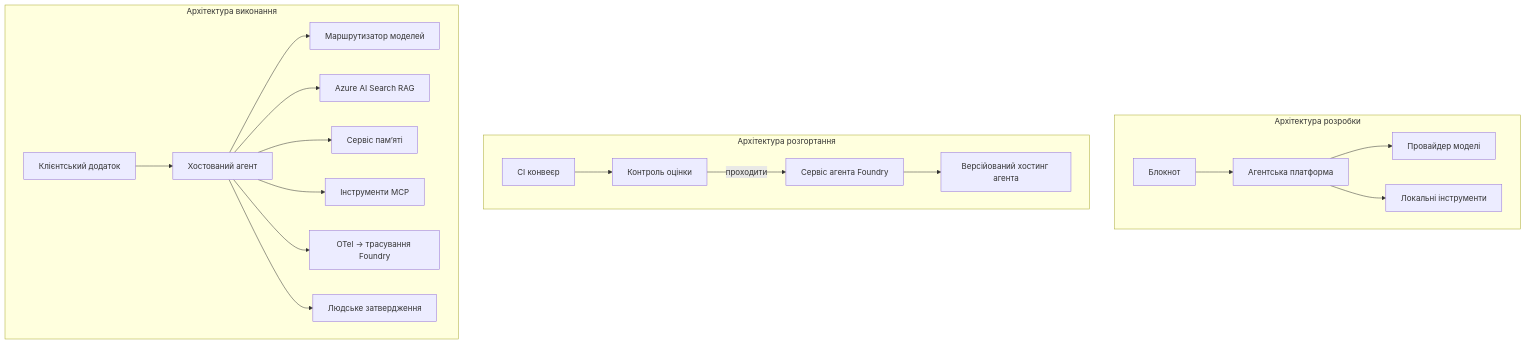
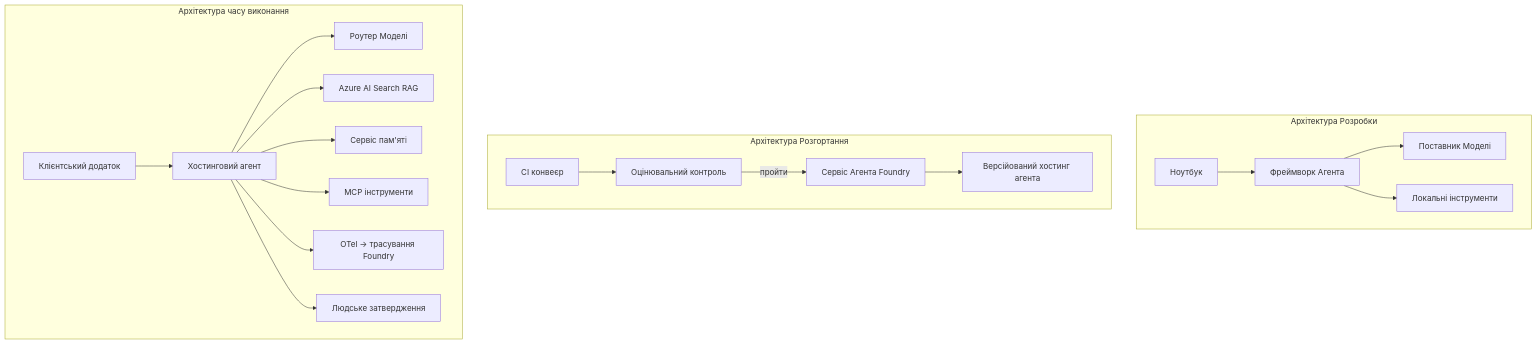
Before and after one commit to gabrielmoreira/agent-skills-mirror: the fourth of 4 diagrams in mirrors/repos/microsoft@ai-agents-for-beginners/translations/uk/16-deploying-scalable-agents/README.md, drawn with Mermaid. The commit also changed other lines of this file and 4262 other files, not shown here.

````diff
--- a/mirrors/repos/microsoft@ai-agents-for-beginners/translations/uk/16-deploying-scalable-agents/README.md
+++ b/mirrors/repos/microsoft@ai-agents-for-beginners/translations/uk/16-deploying-scalable-agents/README.md
@@ -185,22 +185,22 @@
 ```mermaid
 flowchart TB
-    subgraph Dev[Архітектура розробки]
-        D1[Блокнот] --> D2[Агентська платформа]
-        D2 --> D3[Провайдер моделі]
+    subgraph Dev[Архітектура Розробки]
+        D1[Ноутбук] --> D2[Фреймворк Агента]
+        D2 --> D3[Поставник Моделі]
         D2 --> D4[Локальні інструменти]
     end
-    subgraph Deploy[Архітектура розгортання]
-        E1[CI конвеєр] --> E2[Контроль оцінки]
-        E2 -->|проходити| E3[Сервіс агента Foundry]
+    subgraph Deploy[Архітектура Розгортання]
+        E1[CI конвеєр] --> E2[Оцінювальний контроль]
+        E2 -->|пройти| E3[Сервіс Агента Foundry]
         E3 --> E4[Версійований хостинг агента]
     end
-    subgraph Run[Архітектура виконання]
-        F1[Клієнтський додаток] --> F2[Хостований агент]
-        F2 --> F3[Маршрутизатор моделей]
+    subgraph Run[Архітектура часу виконання]
+        F1[Клієнтський додаток] --> F2[Хостинговий агент]
+        F2 --> F3[Роутер Моделі]
         F2 --> F4[Azure AI Search RAG]
-        F2 --> F5[Сервіс пам’яті]
-        F2 --> F6[Інструменти MCP]
+        F2 --> F5[Сервіс пам'яті]
+        F2 --> F6[MCP інструменти]
         F2 --> F7[OTel -> трасування Foundry]
         F2 --> F8[Людське затвердження]
     end
 ```
````
